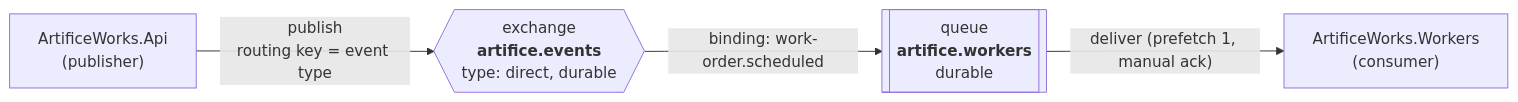
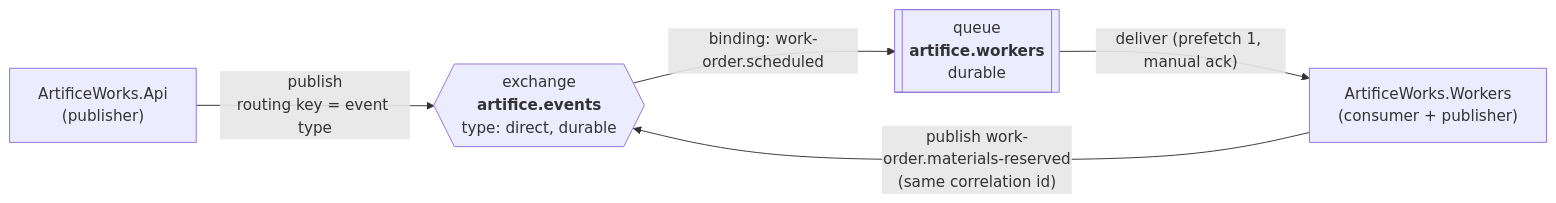
One commit to hmcenhill/ArtificeWorks changed the first of 2 diagrams in docs/messaging-topology.md. Above: the diagram before and after it, drawn with Mermaid. The commit also changed other lines of this file and 35 other files, not shown here.

````diff
--- a/docs/messaging-topology.md
+++ b/docs/messaging-topology.md
@@ -11,11 +11,12 @@
 ```mermaid
 flowchart LR
     api["ArtificeWorks.Api<br/>(publisher)"]
     ex{{"exchange<br/><b>artifice.events</b><br/>type: direct, durable"}}
     q[["queue<br/><b>artifice.workers</b><br/>durable"]]
-    worker["ArtificeWorks.Workers<br/>(consumer)"]
+    worker["ArtificeWorks.Workers<br/>(consumer + publisher)"]
 
     api -- "publish<br/>routing key = event type" --> ex
     ex -- "binding: work-order.scheduled" --> q
     q -- "deliver (prefetch 1, manual ack)" --> worker
+    worker -- "publish work-order.materials-reserved<br/>(same correlation id)" --> ex
 ```
````
